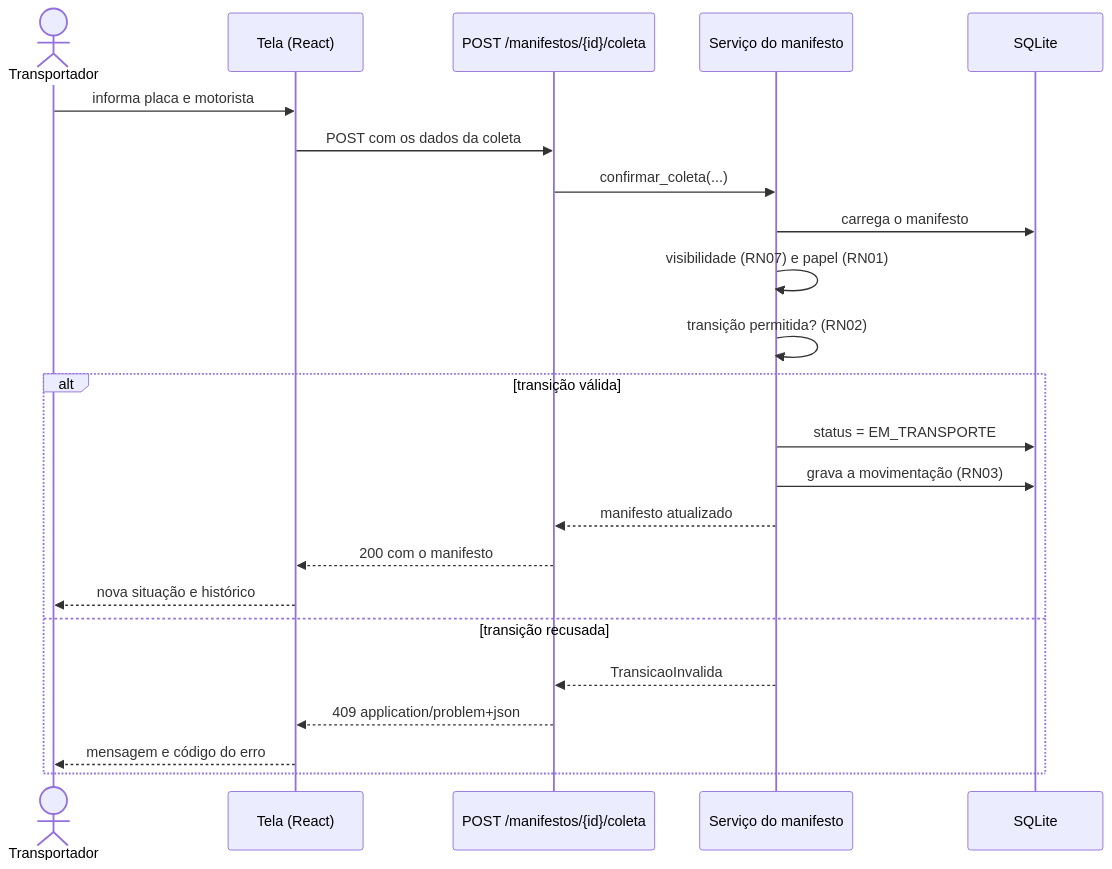
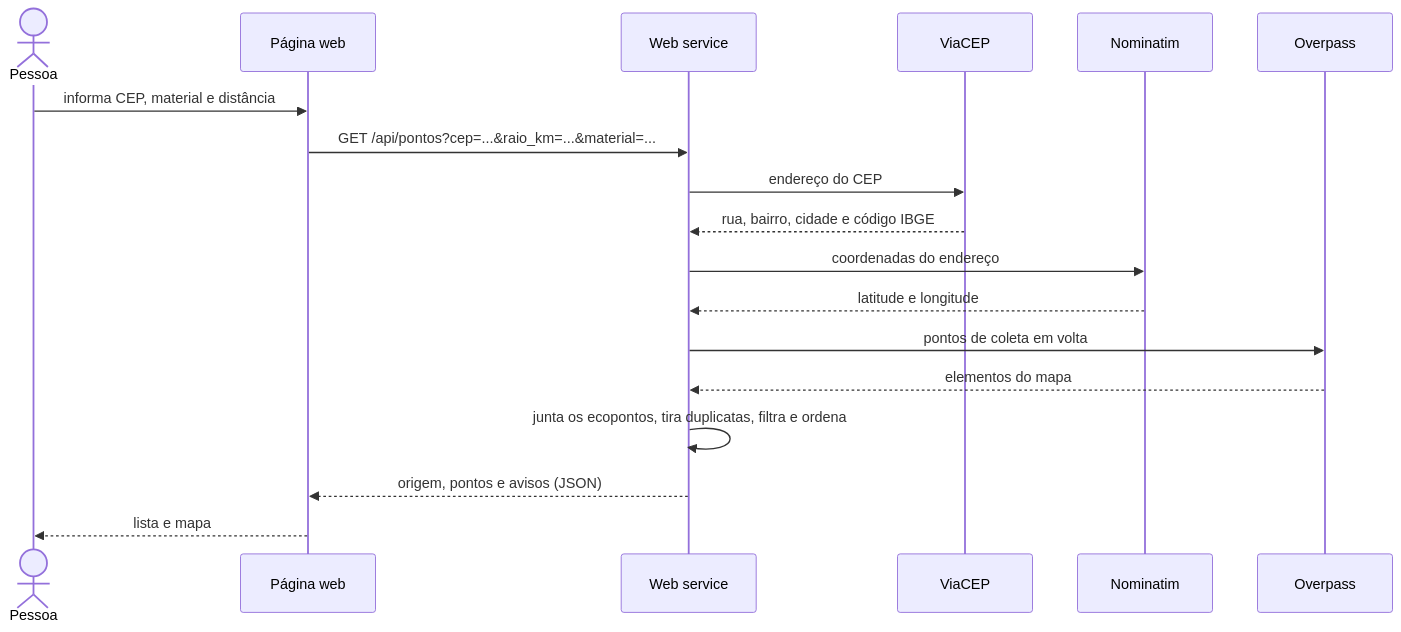
One commit to GustasSilva/residuogo changed the second of 4 diagrams in docs/DIAGRAMAS.md. Above: the diagram before and after it, drawn with Mermaid. The commit also changed other lines of this file and 134 other files, not shown here.

Commit message:
simplifica o projeto: consulta de pontos de coleta com REST e pagina web

````diff
--- a/docs/DIAGRAMAS.md
+++ b/docs/DIAGRAMAS.md
@@ -196,27 +42,21 @@
 ```mermaid
 sequenceDiagram
-    actor usuario as Transportador
-    participant tela as Tela (React)
-    participant rota as POST /manifestos/{id}/coleta
-    participant servico as Serviço do manifesto
-    participant banco as SQLite
+    actor Pessoa
+    participant P as Página web
+    participant S as Web service
+    participant V as ViaCEP
+    participant N as Nominatim
+    participant O as Overpass
 
-    usuario->>tela: informa placa e motorista
-    tela->>rota: POST com os dados da coleta
-    rota->>servico: confirmar_coleta(...)
-    servico->>banco: carrega o manifesto
-    servico->>servico: visibilidade (RN07) e papel (RN01)
-    servico->>servico: transição permitida? (RN02)
-
-    alt transição válida
-        servico->>banco: status = EM_TRANSPORTE
-        servico->>banco: grava a movimentação (RN03)
-        servico-->>rota: manifesto atualizado
-        rota-->>tela: 200 com o manifesto
-        tela-->>usuario: nova situação e histórico
-    else transição recusada
-        servico-->>rota: TransicaoInvalida
-        rota-->>tela: 409 application/problem+json
-        tela-->>usuario: mensagem e código do erro
-    end
+    Pessoa->>P: informa CEP, material e distância
+    P->>S: GET /api/pontos?cep=...&raio_km=...&material=...
+    S->>V: endereço do CEP
+    V-->>S: rua, bairro, cidade e código IBGE
+    S->>N: coordenadas do endereço
+    N-->>S: latitude e longitude
+    S->>O: pontos de coleta em volta
+    O-->>S: elementos do mapa
+    S->>S: junta os ecopontos, tira duplicatas, filtra e ordena
+    S-->>P: origem, pontos e avisos (JSON)
+    P-->>Pessoa: lista e mapa
 ```
````
